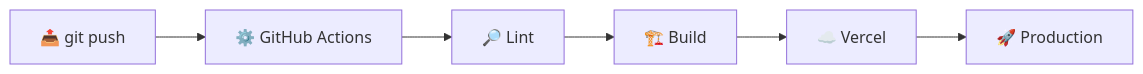
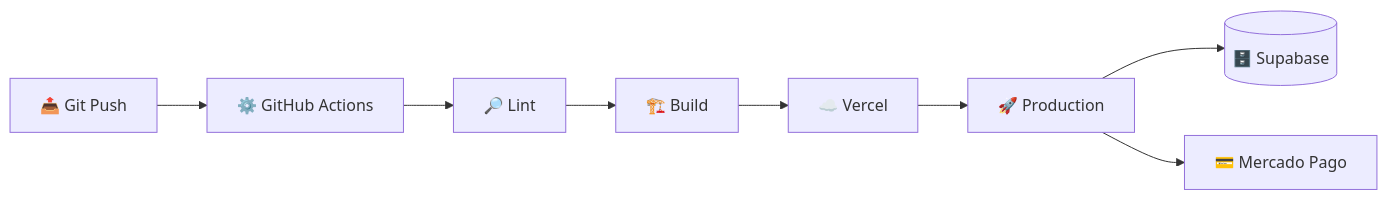
One commit to XzGuuhXz/loja changed the third of 3 diagrams in README.md. Above: the diagram before and after it, drawn with Mermaid. The commit also changed other lines of this file, not shown here.

````diff
--- a/README.md
+++ b/README.md
@@ -276,8 +428,10 @@
 ```mermaid
 flowchart LR
-    P[📤 git push] --> CI[⚙️ GitHub Actions]
+    G[📤 Git Push] --> CI[⚙️ GitHub Actions]
     CI --> L[🔎 Lint]
     L --> B[🏗️ Build]
     B --> V[☁️ Vercel]
-    V --> PROD[🚀 Production]
+    V --> P[🚀 Production]
+    P --> S[(🗄️ Supabase)]
+    P --> M[💳 Mercado Pago]
 ```
````
